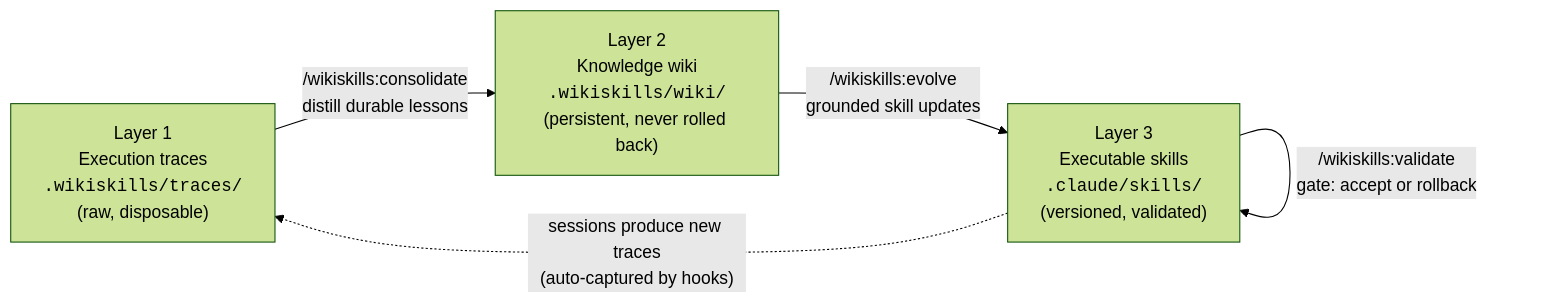
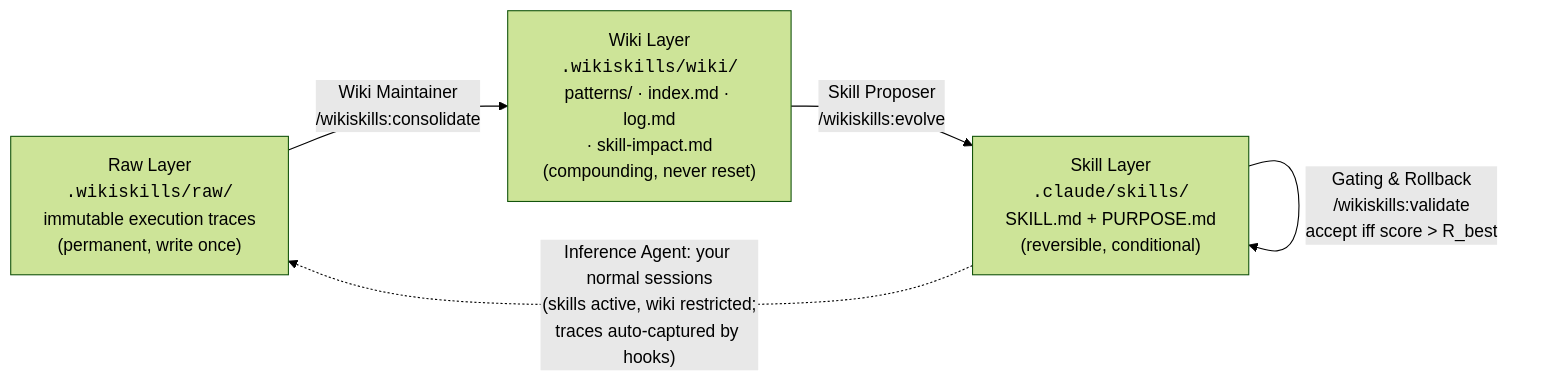
Before and after one commit to IvanLukianenko/WikiSkill: the diagram in README.md, drawn with Mermaid (forest theme). The commit also changed other lines of this file and 20 other files, not shown here.

First line of the commit message:
Align implementation with the full WikiSkill paper (arXiv:2608.27454)

````diff
--- a/README.md
+++ b/README.md
@@ -11,10 +12,10 @@
 ```mermaid
 flowchart LR
-    A["Layer 1<br/>Execution traces<br/><code>.wikiskills/traces/</code><br/>(raw, disposable)"]
-    B["Layer 2<br/>Knowledge wiki<br/><code>.wikiskills/wiki/</code><br/>(persistent, never rolled back)"]
-    C["Layer 3<br/>Executable skills<br/><code>.claude/skills/</code><br/>(versioned, validated)"]
-    A -- "/wikiskills:consolidate<br/>distill durable lessons" --> B
-    B -- "/wikiskills:evolve<br/>grounded skill updates" --> C
-    C -- "/wikiskills:validate<br/>gate: accept or rollback" --> C
-    C -. "sessions produce new traces<br/>(auto-captured by hooks)" .-> A
+    A["Raw Layer<br/><code>.wikiskills/raw/</code><br/>immutable execution traces<br/>(permanent, write once)"]
+    B["Wiki Layer<br/><code>.wikiskills/wiki/</code><br/>patterns/ · index.md · log.md<br/>· skill-impact.md<br/>(compounding, never reset)"]
+    C["Skill Layer<br/><code>.claude/skills/</code><br/>SKILL.md + PURPOSE.md<br/>(reversible, conditional)"]
+    A -- "Wiki Maintainer<br/>/wikiskills:consolidate" --> B
+    B -- "Skill Proposer<br/>/wikiskills:evolve" --> C
+    C -- "Gating & Rollback<br/>/wikiskills:validate<br/>accept iff score > R_best" --> C
+    C -. "Inference Agent: your normal sessions<br/>(skills active, wiki restricted;<br/>traces auto-captured by hooks)" .-> A
 ```
````
